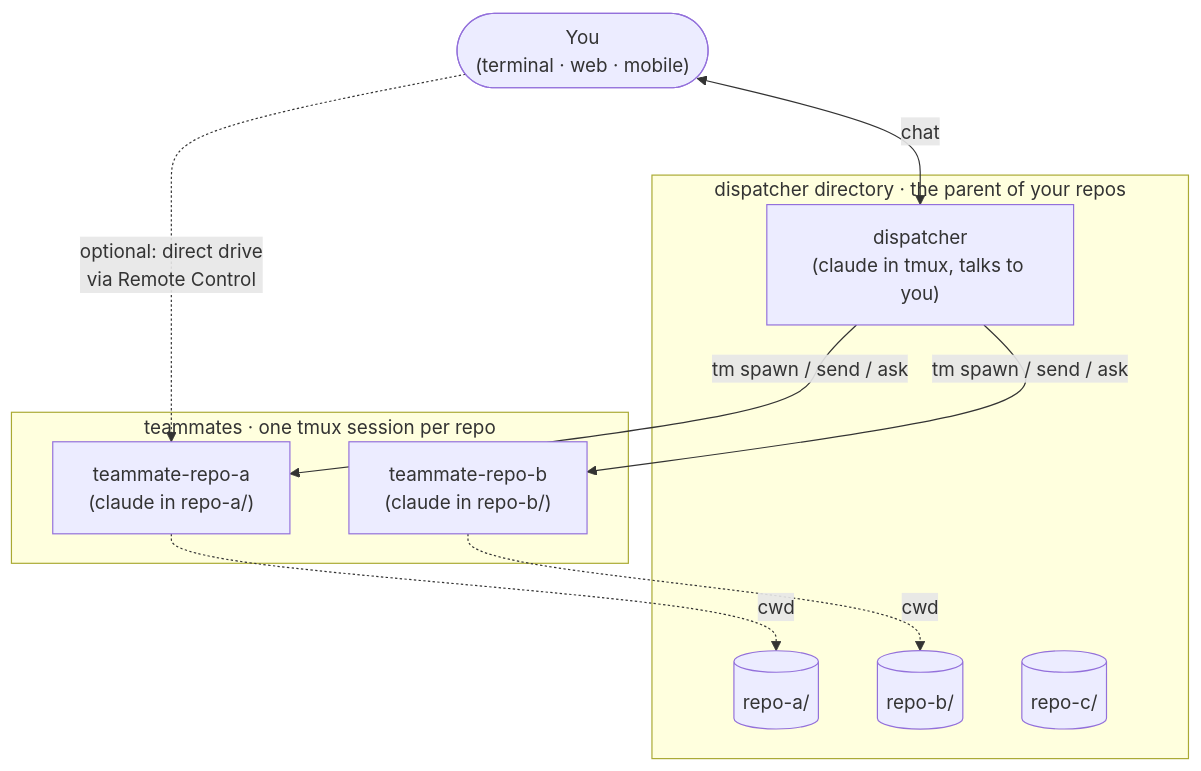
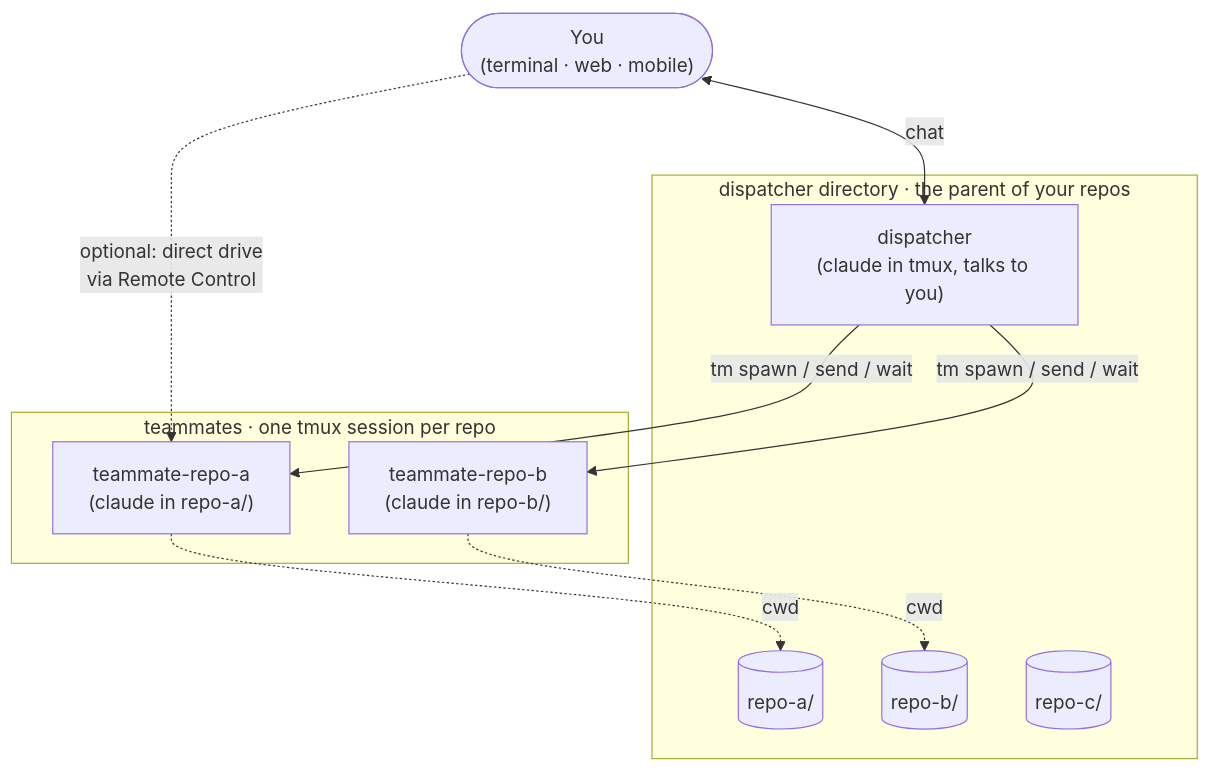
Before and after one commit to ryanxiang7/claudemux: the diagram in README.md, drawn with Mermaid. The commit also changed other lines of this file and 9 other files, not shown here.

First line of the commit message:
tm: 0.3.0 — 命令集重构,合并高频 send + wait + last 三步为单一原语 (BREAKING)

````diff
--- a/README.md
+++ b/README.md
@@ -11,23 +11,23 @@
 ```mermaid
 flowchart TB
     user(["You<br/>(terminal · web · mobile)"])
 
     subgraph dispatcher_dir["dispatcher directory · the parent of your repos"]
         dispatcher["dispatcher<br/>(claude in tmux, talks to you)"]
         repoA[("repo-a/")]
         repoB[("repo-b/")]
         repoC[("repo-c/")]
     end
 
     subgraph teammates["teammates · one tmux session per repo"]
         tA["teammate-repo-a<br/>(claude in repo-a/)"]
         tB["teammate-repo-b<br/>(claude in repo-b/)"]
     end
 
     user <-->|chat| dispatcher
     user -.->|optional: direct drive<br/>via Remote Control| tA
-    dispatcher -->|tm spawn / send / ask| tA
-    dispatcher -->|tm spawn / send / ask| tB
+    dispatcher -->|tm spawn / send / wait| tA
+    dispatcher -->|tm spawn / send / wait| tB
     tA -.cwd.-> repoA
     tB -.cwd.-> repoB
 ```
````
